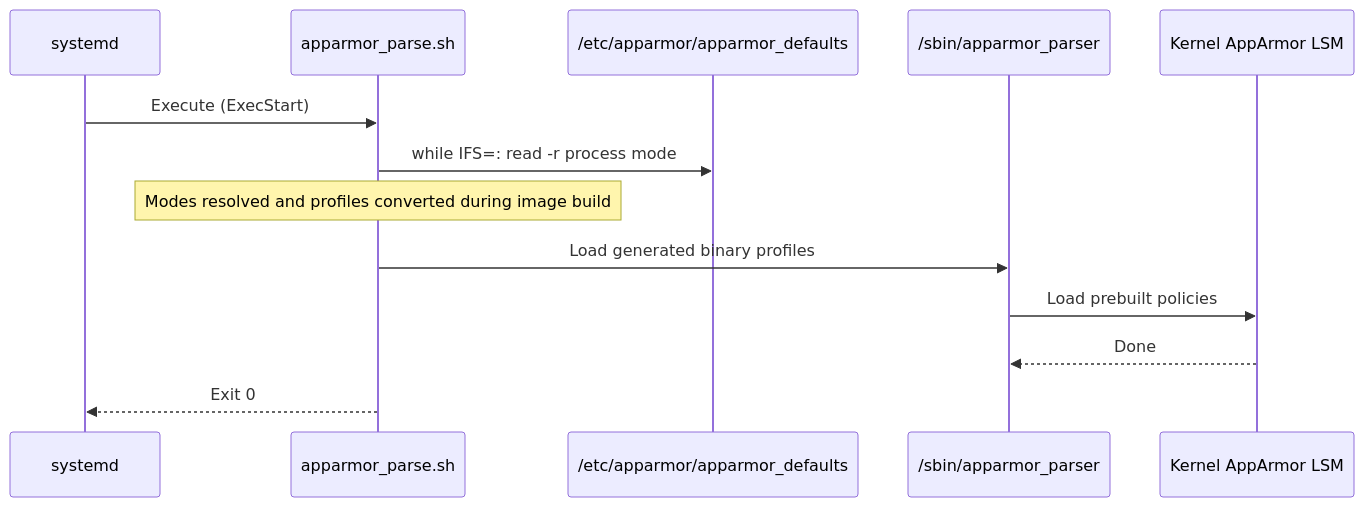
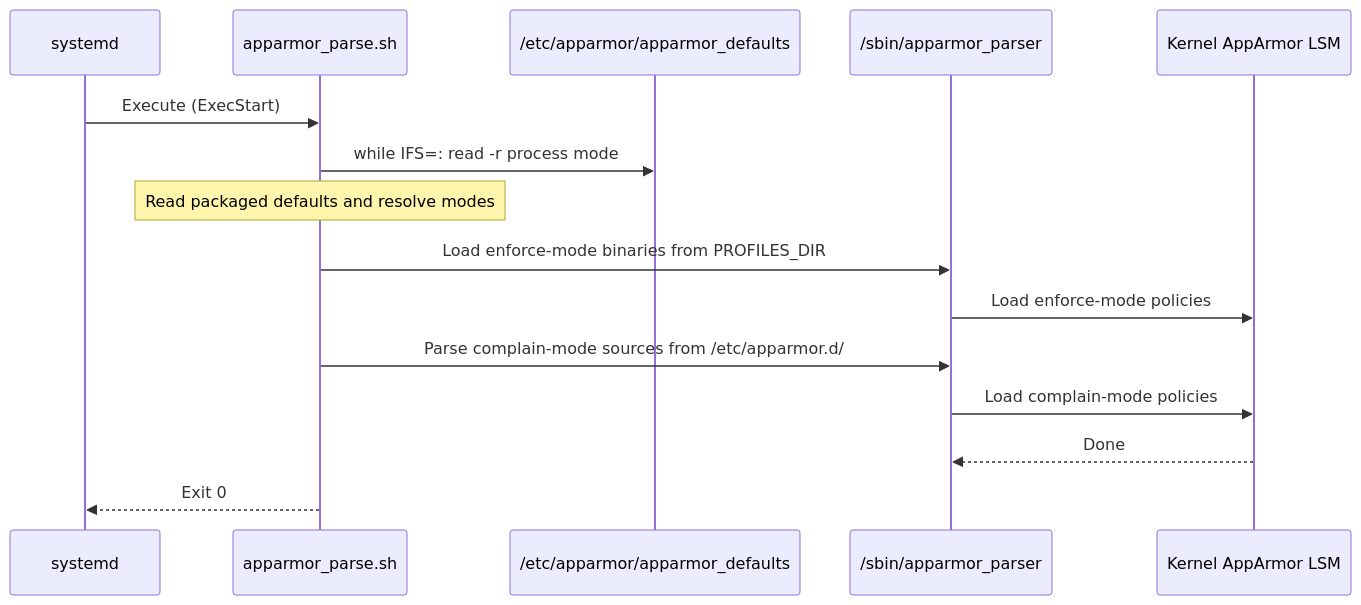
The eighth of 8 diagrams in README.md (rdkcentral/rdk-apparmor-profiles), drawn with Mermaid before and after one commit. The commit also changed other lines of this file, not shown here.

````diff
--- a/README.md
+++ b/README.md
@@ -402,19 +404,21 @@
 ```mermaid
 sequenceDiagram
     participant SYSTEMD as systemd
     participant SH as apparmor_parse.sh
     participant DEFAULTS as /etc/apparmor/apparmor_defaults
     participant PARSER as /sbin/apparmor_parser
     participant KERNEL as Kernel AppArmor LSM
 
     SYSTEMD->>SH: Execute (ExecStart)
 
     SH->>DEFAULTS: while IFS=: read -r process mode
-    Note over SH: Modes resolved and profiles converted during image build
+    Note over SH: Read packaged defaults and resolve modes
 
-    SH->>PARSER: Load generated binary profiles
-    PARSER->>KERNEL: Load prebuilt policies
+    SH->>PARSER: Load enforce-mode binaries from PROFILES_DIR
+    PARSER->>KERNEL: Load enforce-mode policies
+    SH->>PARSER: Parse complain-mode sources from /etc/apparmor.d/
+    PARSER->>KERNEL: Load complain-mode policies
     KERNEL-->>PARSER: Done
 
     SH-->>SYSTEMD: Exit 0
 ```
````
